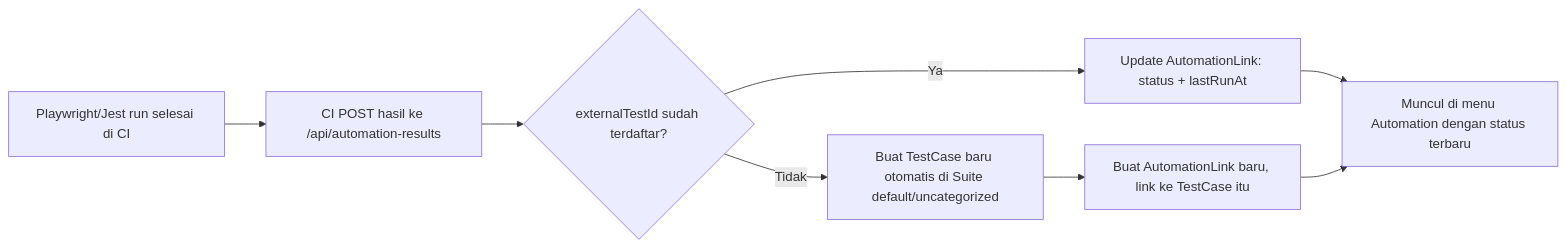
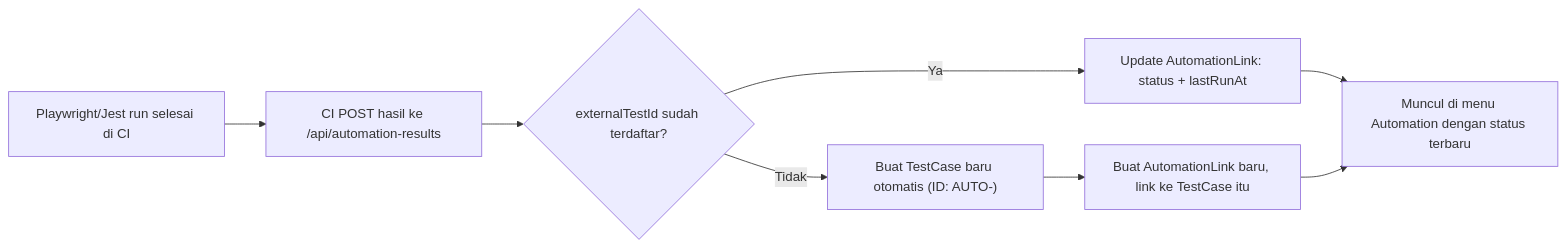
The second of 2 diagrams in docs/PRD-QA-TCM-Tool.md (nafihermawan/soul-testcase-management), drawn with Mermaid before and after one commit. The commit also changed other lines of this file, not shown here.

````diff
--- a/docs/PRD-QA-TCM-Tool.md
+++ b/docs/PRD-QA-TCM-Tool.md
@@ -461,10 +400,10 @@
 ```mermaid
 flowchart LR
     A[Playwright/Jest run selesai di CI] --> B[CI POST hasil ke /api/automation-results]
     B --> C{externalTestId sudah terdaftar?}
     C -- Ya --> D[Update AutomationLink: status + lastRunAt]
-    C -- Tidak --> E[Buat TestCase baru otomatis di Suite default/uncategorized]
+    C -- Tidak --> E["Buat TestCase baru otomatis (ID: AUTO-<externalTestId>)"]
     E --> F[Buat AutomationLink baru, link ke TestCase itu]
     D --> G[Muncul di menu Automation dengan status terbaru]
     F --> G
 ```
````
